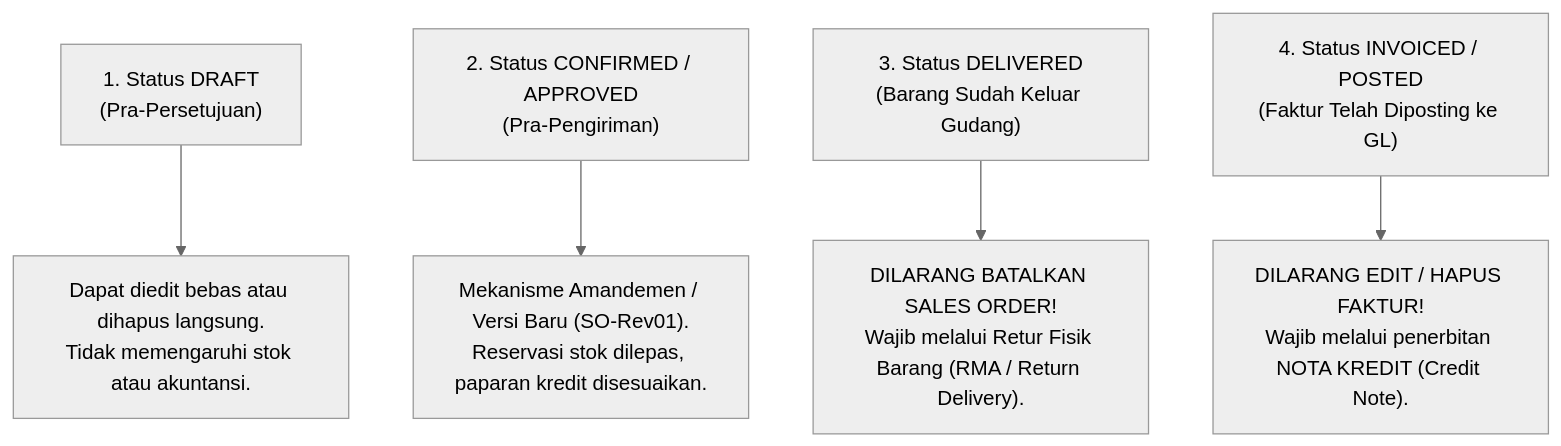
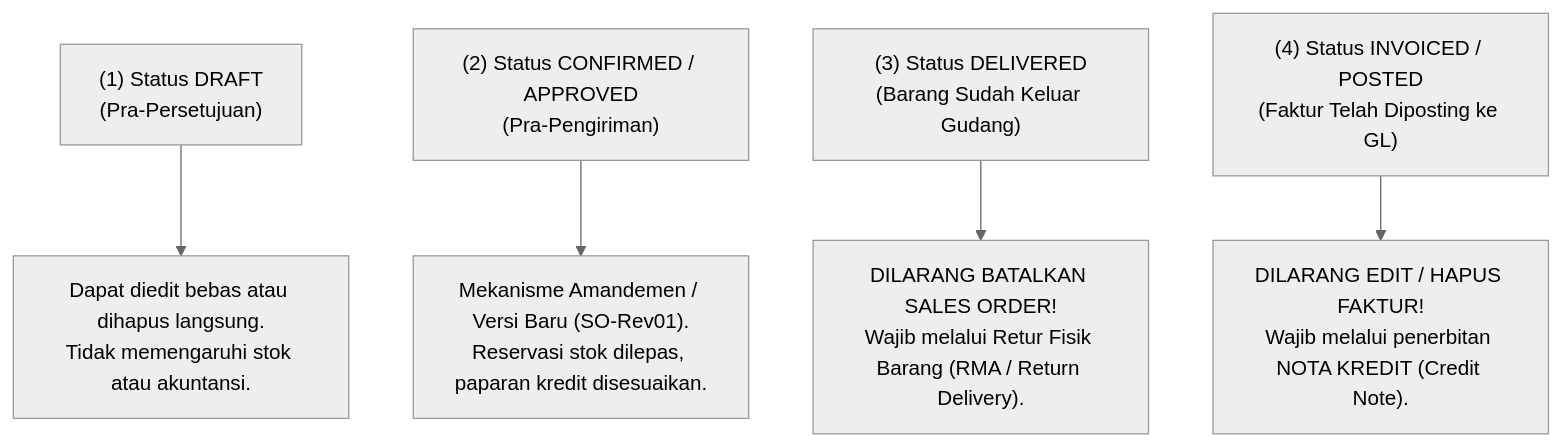
Before and after one commit to alimurrofid/erp-notes: the diagram in content/03-sales/sales-cancellation-and-amendment.md, drawn with Mermaid (neutral theme). The commit also changed 132 other files, not shown here.

````diff
--- a/content/03-sales/sales-cancellation-and-amendment.md
+++ b/content/03-sales/sales-cancellation-and-amendment.md
@@ -34,14 +34,14 @@
 ```mermaid
 flowchart TD
-    Stage1["1. Status DRAFT<br/>(Pra-Persetujuan)"]
+    Stage1["(1) Status DRAFT<br/>(Pra-Persetujuan)"]
     --> Rule1["Dapat diedit bebas atau dihapus langsung.<br/>Tidak memengaruhi stok atau akuntansi."]
 
-    Stage2["2. Status CONFIRMED / APPROVED<br/>(Pra-Pengiriman)"]
+    Stage2["(2) Status CONFIRMED / APPROVED<br/>(Pra-Pengiriman)"]
     --> Rule2["Mekanisme Amandemen / Versi Baru (SO-Rev01).<br/>Reservasi stok dilepas, paparan kredit disesuaikan."]
 
-    Stage3["3. Status DELIVERED<br/>(Barang Sudah Keluar Gudang)"]
+    Stage3["(3) Status DELIVERED<br/>(Barang Sudah Keluar Gudang)"]
     --> Rule3["DILARANG BATALKAN SALES ORDER!<br/>Wajib melalui Retur Fisik Barang (RMA / Return Delivery)."]
 
-    Stage4["4. Status INVOICED / POSTED<br/>(Faktur Telah Diposting ke GL)"]
+    Stage4["(4) Status INVOICED / POSTED<br/>(Faktur Telah Diposting ke GL)"]
     --> Rule4["DILARANG EDIT / HAPUS FAKTUR!<br/>Wajib melalui penerbitan NOTA KREDIT (Credit Note)."]
 ```
````
